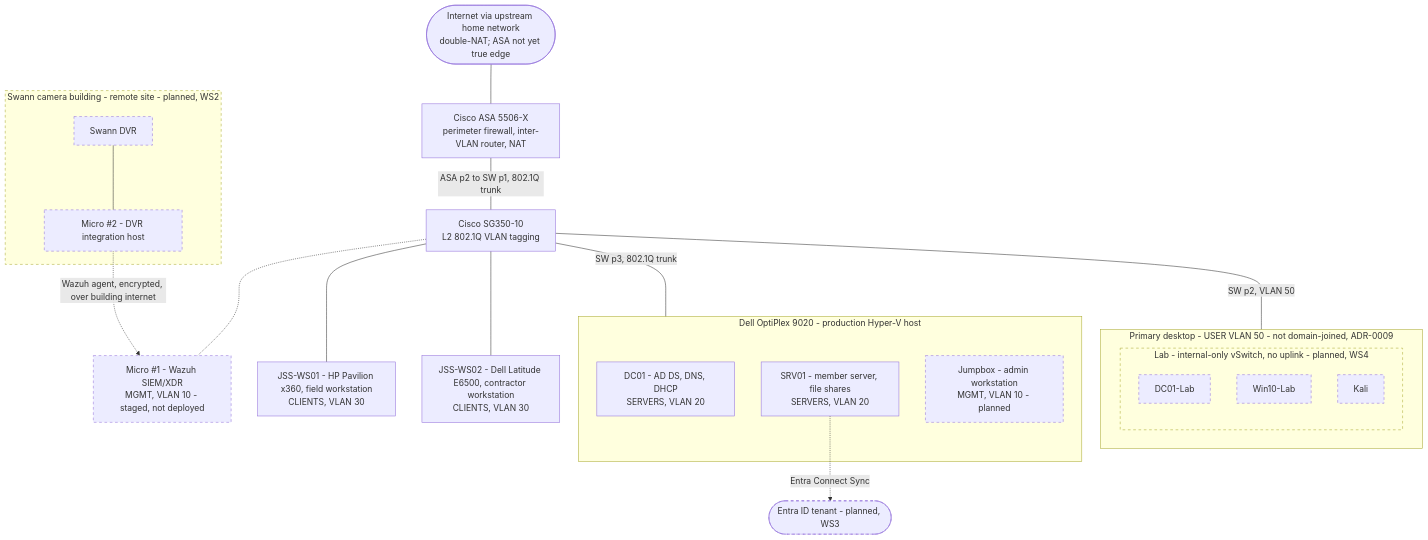
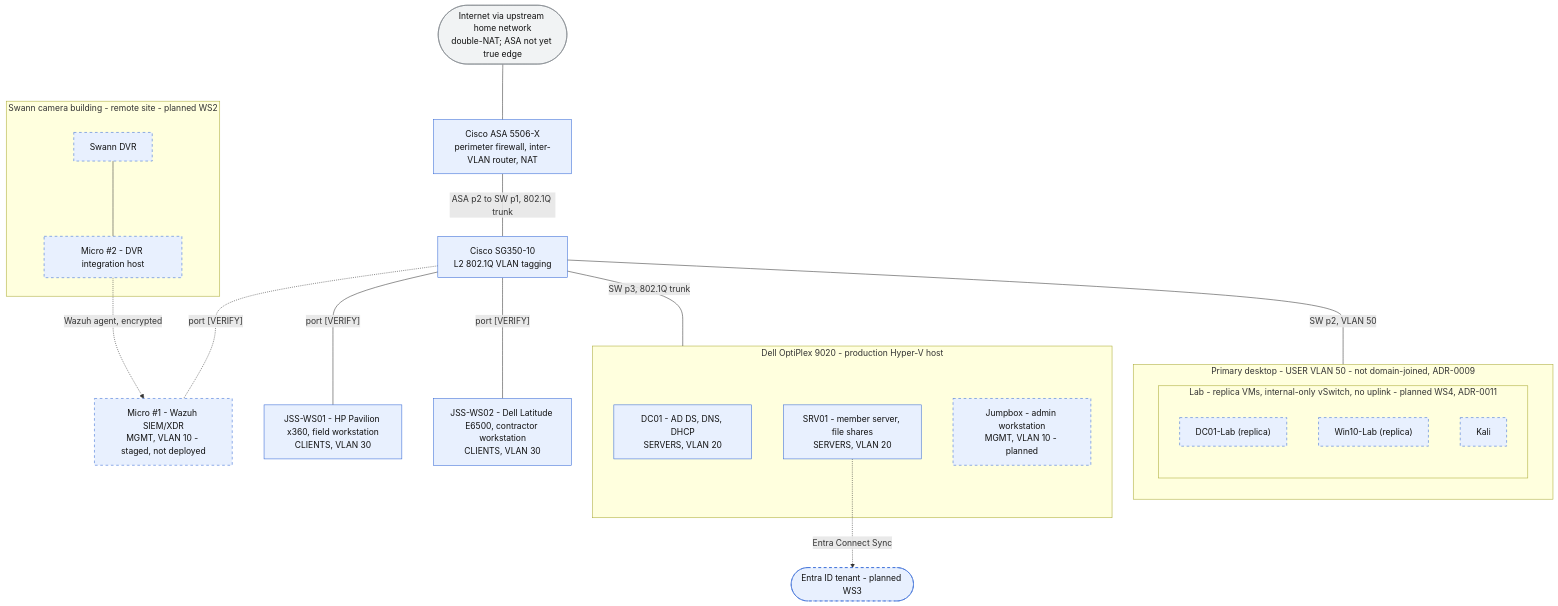
One commit to wadesanders-infra/jssandersllc-infra changed the diagram in onprem/diagrams/network-topology.md. Above: the diagram before and after it, drawn with Mermaid. The commit also changed other lines of this file and 3 other files, not shown here.

Commit message:
docs: add reachability matrix and OU/GPO diagram, retrofit topology, link runbook from all diagrams

````diff
--- a/onprem/diagrams/network-topology.md
+++ b/onprem/diagrams/network-topology.md
@@ -7,47 +7,49 @@
 ```mermaid
+%%{init: {"flowchart": {"nodeSpacing": 60, "rankSpacing": 70}}}%%
 flowchart TB
-    classDef planned stroke-dasharray: 5 5
+    classDef zone fill:#e8f0fe,stroke:#3367d6,color:#111111
+    classDef unver fill:#fef7e0,stroke:#f9ab00,stroke-dasharray:4 3,color:#111111
+    classDef outside fill:#f1f3f4,stroke:#80868b,color:#111111
+    classDef planned fill:#e8f0fe,stroke:#3367d6,stroke-dasharray:5 5,color:#111111
 
-    INET(["Internet via upstream home network<br/>double-NAT; ASA not yet true edge"])
-    ASA["Cisco ASA 5506-X<br/>perimeter firewall, inter-VLAN router, NAT"]
-    SW["Cisco SG350-10<br/>L2 802.1Q VLAN tagging"]
+    INET(["Internet via upstream home network<br/>double-NAT; ASA not yet true edge"]):::outside
+    ASA["Cisco ASA 5506-X<br/>perimeter firewall, inter-VLAN router, NAT"]:::zone
+    SW["Cisco SG350-10<br/>L2 802.1Q VLAN tagging"]:::zone
 
     INET --- ASA
     ASA ---|"ASA p2 to SW p1, 802.1Q trunk"| SW
 
     subgraph HV["Dell OptiPlex 9020 - production Hyper-V host"]
-        DC01["DC01 - AD DS, DNS, DHCP<br/>SERVERS, VLAN 20"]
-        SRV01["SRV01 - member server, file shares<br/>SERVERS, VLAN 20"]
-        JUMP["Jumpbox - admin workstation<br/>MGMT, VLAN 10 - planned"]
+        DC01["DC01 - AD DS, DNS, DHCP<br/>SERVERS, VLAN 20"]:::zone
+        SRV01["SRV01 - member server, file shares<br/>SERVERS, VLAN 20"]:::zone
+        JUMP["Jumpbox - admin workstation<br/>MGMT, VLAN 10 - planned"]:::planned
     end
 
     subgraph DESK["Primary desktop - USER VLAN 50 - not domain-joined, ADR-0009"]
-        subgraph LAB["Lab - internal-only vSwitch, no uplink - planned, WS4"]
-            DCL["DC01-Lab"]
-            W10["Win10-Lab"]
-            KALI["Kali"]
+        subgraph LAB["Lab - replica VMs, internal-only vSwitch, no uplink - planned WS4, ADR-0011"]
+            DCL["DC01-Lab (replica)"]:::planned
+            W10["Win10-Lab (replica)"]:::planned
+            KALI["Kali"]:::planned
         end
     end
 
-    WAZ["Micro #1 - Wazuh SIEM/XDR<br/>MGMT, VLAN 10 - staged, not deployed"]
-    PAV["JSS-WS01 - HP Pavilion x360, field workstation<br/>CLIENTS, VLAN 30"]
-    LAT["JSS-WS02 - Dell Latitude E6500, contractor workstation<br/>CLIENTS, VLAN 30"]
+    WAZ["Micro #1 - Wazuh SIEM/XDR<br/>MGMT, VLAN 10 - staged, not deployed"]:::planned
+    PAV["JSS-WS01 - HP Pavilion x360, field workstation<br/>CLIENTS, VLAN 30"]:::zone
+    LAT["JSS-WS02 - Dell Latitude E6500, contractor workstation<br/>CLIENTS, VLAN 30"]:::zone
 
     SW ---|"SW p3, 802.1Q trunk"| HV
     SW ---|"SW p2, VLAN 50"| DESK
-    SW -.- WAZ
-    SW --- PAV
-    SW --- LAT
+    SW -.-|"port [VERIFY]"| WAZ
+    SW ---|"port [VERIFY]"| PAV
+    SW ---|"port [VERIFY]"| LAT
 
-    subgraph SWANN["Swann camera building - remote site - planned, WS2"]
-        DVR["Swann DVR"]
-        M2["Micro #2 - DVR integration host"]
+    subgraph SWANN["Swann camera building - remote site - planned WS2"]
+        DVR["Swann DVR"]:::planned
+        M2["Micro #2 - DVR integration host"]:::planned
         DVR --- M2
     end
-    M2 -.->|"Wazuh agent, encrypted, over building internet"| WAZ
 
-    ENTRA(["Entra ID tenant - planned, WS3"])
+    ENTRA(["Entra ID tenant - planned WS3"]):::planned
+    M2 -.->|"Wazuh agent, encrypted"| WAZ
     SRV01 -.->|"Entra Connect Sync"| ENTRA
-
-    class JUMP,LAB,DCL,W10,KALI,WAZ,M2,DVR,SWANN,ENTRA planned
 ```
````
